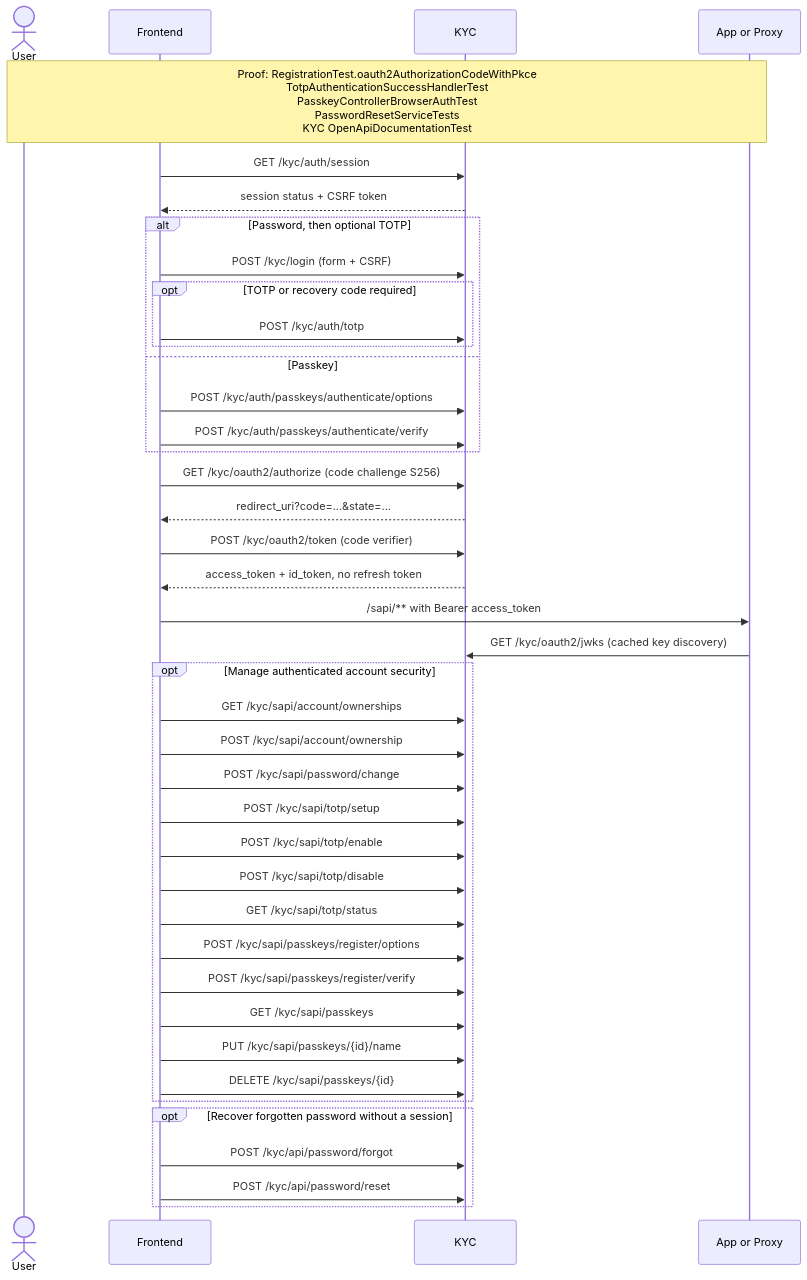
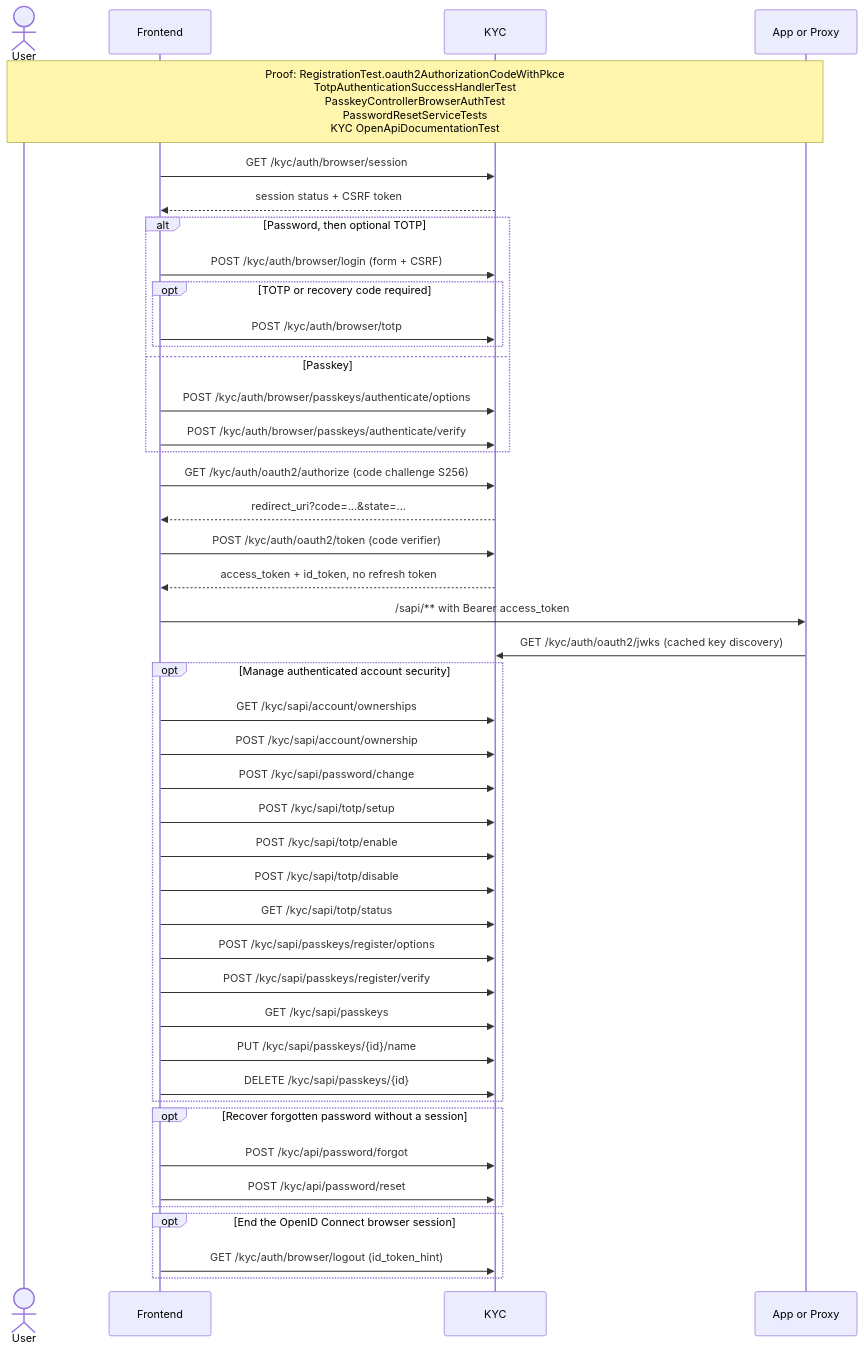
Before and after one commit to letspeppol/letspeppol: the diagram in readme/api-authentication-and-account-security.md, drawn with Mermaid. The commit also changed other lines of this file and 32 other files, not shown here.

````diff
--- a/readme/api-authentication-and-account-security.md
+++ b/readme/api-authentication-and-account-security.md
@@ -9,45 +9,48 @@
 ```mermaid
 sequenceDiagram
     actor User
     participant UI as Frontend
     participant KYC
     participant API as App or Proxy
 
     Note over User,API: Proof: RegistrationTest.oauth2AuthorizationCodeWithPkce<br/>TotpAuthenticationSuccessHandlerTest<br/>PasskeyControllerBrowserAuthTest<br/>PasswordResetServiceTests<br/>KYC OpenApiDocumentationTest
-    UI->>KYC: GET /kyc/auth/session
+    UI->>KYC: GET /kyc/auth/browser/session
     KYC-->>UI: session status + CSRF token
     alt Password, then optional TOTP
-        UI->>KYC: POST /kyc/login (form + CSRF)
+        UI->>KYC: POST /kyc/auth/browser/login (form + CSRF)
         opt TOTP or recovery code required
-            UI->>KYC: POST /kyc/auth/totp
+            UI->>KYC: POST /kyc/auth/browser/totp
         end
     else Passkey
-        UI->>KYC: POST /kyc/auth/passkeys/authenticate/options
-        UI->>KYC: POST /kyc/auth/passkeys/authenticate/verify
+        UI->>KYC: POST /kyc/auth/browser/passkeys/authenticate/options
+        UI->>KYC: POST /kyc/auth/browser/passkeys/authenticate/verify
     end
-    UI->>KYC: GET /kyc/oauth2/authorize (code challenge S256)
+    UI->>KYC: GET /kyc/auth/oauth2/authorize (code challenge S256)
     KYC-->>UI: redirect_uri?code=...&state=...
-    UI->>KYC: POST /kyc/oauth2/token (code verifier)
+    UI->>KYC: POST /kyc/auth/oauth2/token (code verifier)
     KYC-->>UI: access_token + id_token, no refresh token
     UI->>API: /sapi/** with Bearer access_token
-    API->>KYC: GET /kyc/oauth2/jwks (cached key discovery)
+    API->>KYC: GET /kyc/auth/oauth2/jwks (cached key discovery)
 
     opt Manage authenticated account security
         UI->>KYC: GET /kyc/sapi/account/ownerships
         UI->>KYC: POST /kyc/sapi/account/ownership
         UI->>KYC: POST /kyc/sapi/password/change
         UI->>KYC: POST /kyc/sapi/totp/setup
         UI->>KYC: POST /kyc/sapi/totp/enable
         UI->>KYC: POST /kyc/sapi/totp/disable
         UI->>KYC: GET /kyc/sapi/totp/status
         UI->>KYC: POST /kyc/sapi/passkeys/register/options
         UI->>KYC: POST /kyc/sapi/passkeys/register/verify
         UI->>KYC: GET /kyc/sapi/passkeys
         UI->>KYC: PUT /kyc/sapi/passkeys/{id}/name
         UI->>KYC: DELETE /kyc/sapi/passkeys/{id}
     end
     opt Recover forgotten password without a session
         UI->>KYC: POST /kyc/api/password/forgot
         UI->>KYC: POST /kyc/api/password/reset
     end
+    opt End the OpenID Connect browser session
+        UI->>KYC: GET /kyc/auth/browser/logout (id_token_hint)
+    end
 ```
````
